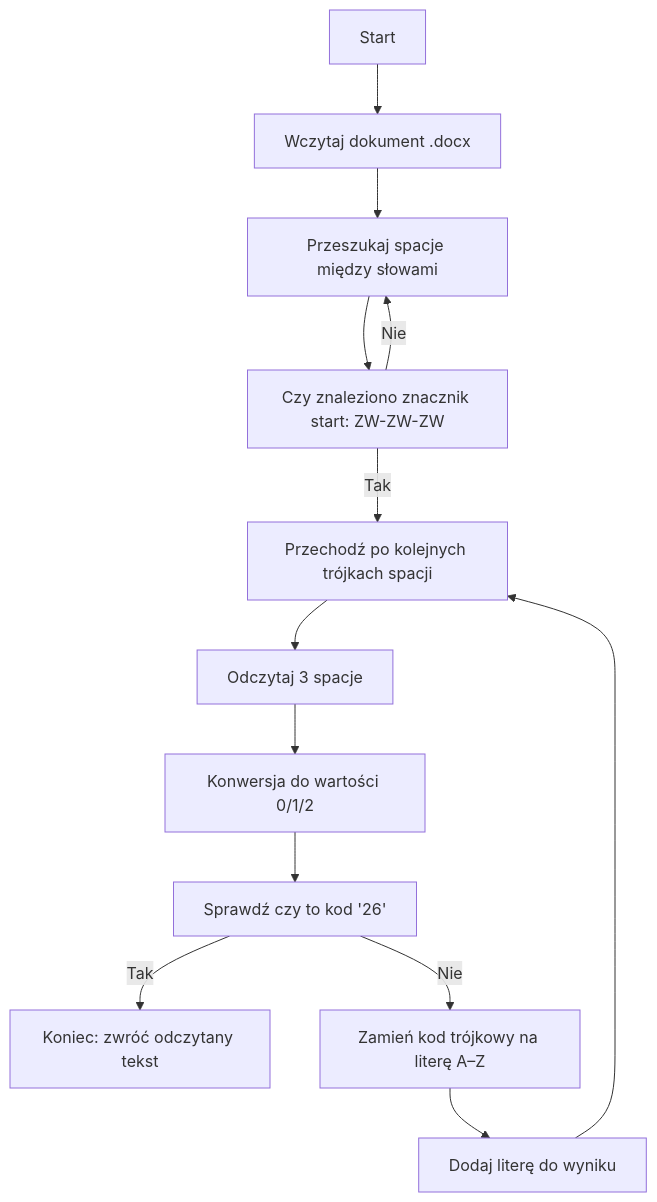
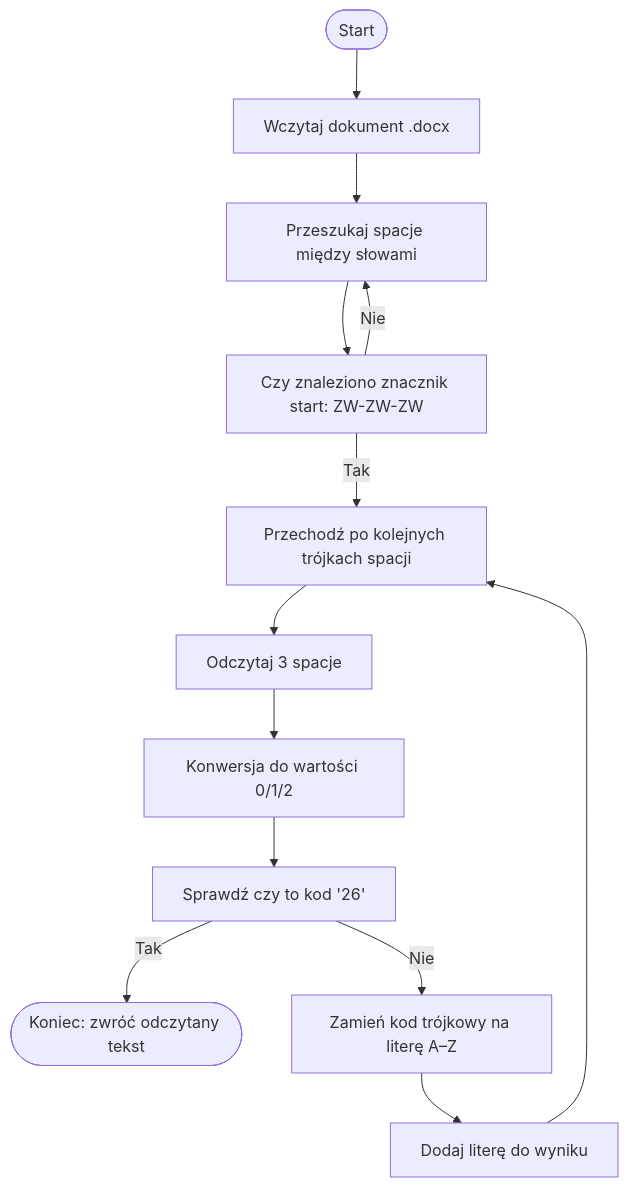
One commit to jSkwarczek/Steganografia changed the fourth of 12 diagrams in docs/index.md. Above: the diagram before and after it, drawn with Mermaid. The commit also changed other lines of this file and 6 other files, not shown here.

Commit message:
Added all flow charts

````diff
--- a/docs/index.md
+++ b/docs/index.md
@@ -111,17 +113,17 @@
 ```mermaid
 flowchart TD
 
-A[Start] --> B[Wczytaj dokument .docx]
+A([Start]) --> B[Wczytaj dokument .docx]
 B --> C[Przeszukaj spacje między słowami]
 C --> D[Czy znaleziono znacznik start: ZW-ZW-ZW]
 D -->|Nie| C
 D -->|Tak| E[Przechodź po kolejnych trójkach spacji]
 
 E --> F[Odczytaj 3 spacje]
 F --> G[Konwersja do wartości 0/1/2]
 G --> H[Sprawdź czy to kod '26']
-H -->|Tak| K[Koniec: zwróć odczytany tekst]
+H -->|Tak| K([Koniec: zwróć odczytany tekst])
 H -->|Nie| I[Zamień kod trójkowy na literę A–Z]
 I --> J[Dodaj literę do wyniku]
 J --> E
 ```
````
